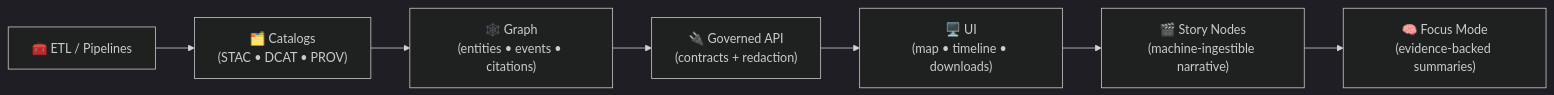
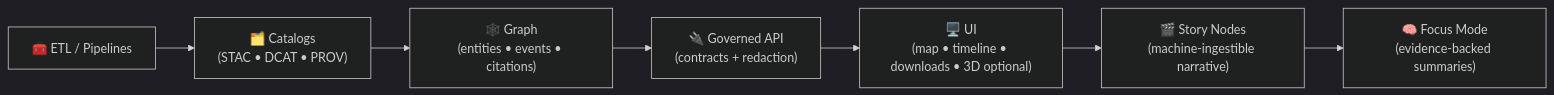
One commit to bartytime4life/Kansas-Frontier-Matrix changed the second of 2 diagrams in .github/ISSUE_TEMPLATE/README.md. Above: the diagram before and after it, drawn with Mermaid (dark theme). The commit also changed other lines of this file, not shown here.

````diff
--- a/.github/ISSUE_TEMPLATE/README.md
+++ b/.github/ISSUE_TEMPLATE/README.md
@@ -93,9 +129,9 @@
 ```mermaid
 flowchart LR
   ETL["🧰 ETL / Pipelines"] --> CAT["🗂️ Catalogs<br/>(STAC • DCAT • PROV)"]
   CAT --> GRAPH["🕸️ Graph<br/>(entities • events • citations)"]
   GRAPH --> API["🔌 Governed API<br/>(contracts + redaction)"]
-  API --> UI["🖥️ UI<br/>(map • timeline • downloads)"]
+  API --> UI["🖥️ UI<br/>(map • timeline • downloads • 3D optional)"]
   UI --> STORY["🎬 Story Nodes<br/>(machine-ingestible narrative)"]
   STORY --> FOCUS["🧠 Focus Mode<br/>(evidence-backed summaries)"]
 ```
````
